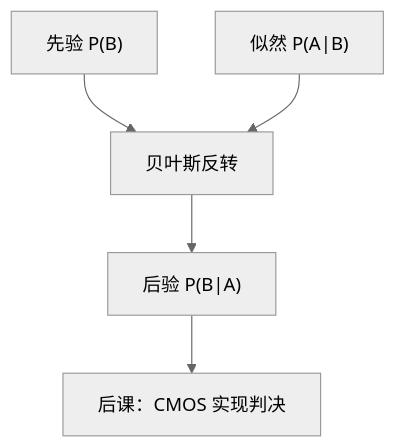
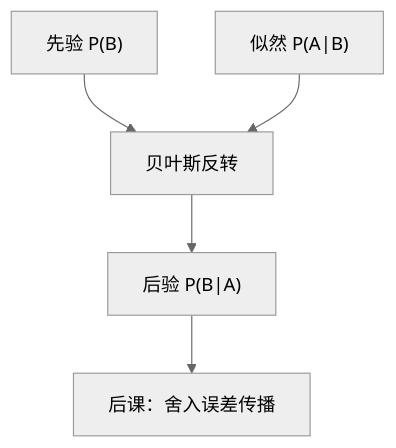
Before and after one commit to xhongduo-tech/xhongduo-tech.github.io: the diagram in docs/cs/conditional-bayes.md, drawn with Mermaid (neutral theme). The commit also changed other lines of this file and 2696 other files, not shown here.

````diff
--- a/docs/cs/conditional-bayes.md
+++ b/docs/cs/conditional-bayes.md
@@ -38,7 +38,7 @@
 ```mermaid
 flowchart TD
   PRIOR["先验 P(B)"] --> BAYES["贝叶斯反转"]
   LIK["似然 P(A|B)"] --> BAYES
   BAYES --> POST["后验 P(B|A)"]
-  POST --> LATER["后课：CMOS 实现判决"]
+  POST --> LATER["后课：舍入误差传播"]
 ```
````
